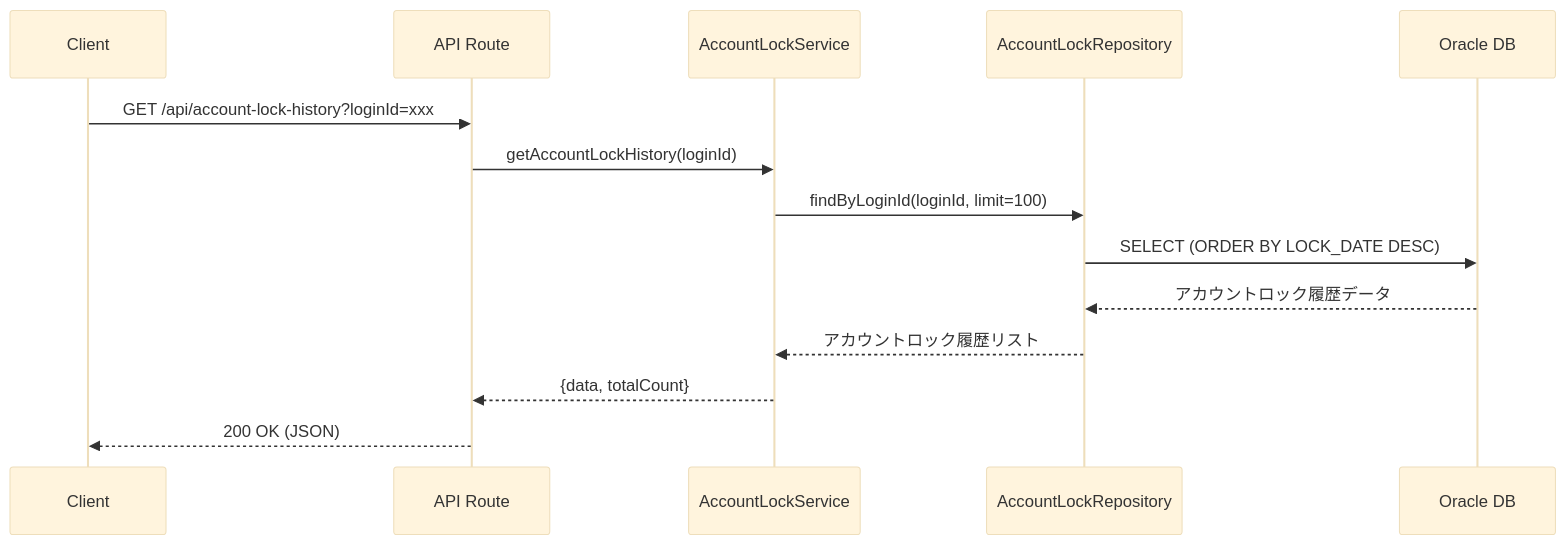
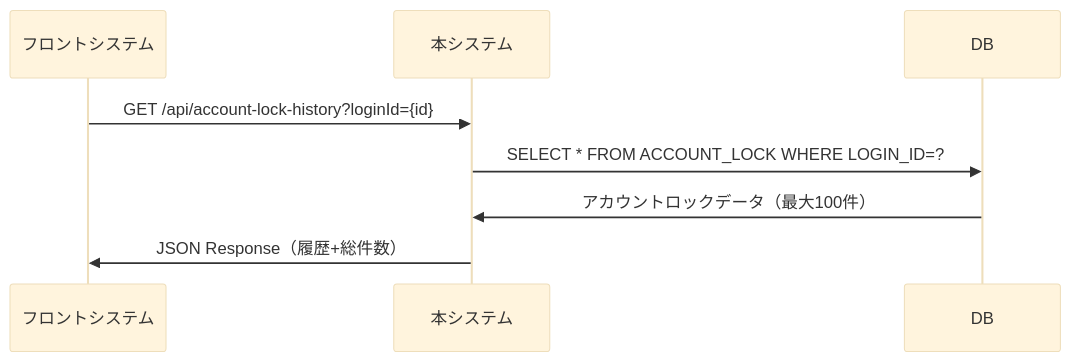
The fourth of 7 diagrams in docs/基本設計/基本設計書.md (Moriita/Documents), drawn with Mermaid (base theme) before and after one commit. The commit also changed other lines of this file and 1 other file, not shown here.

````diff
--- a/docs/基本設計/基本設計書.md
+++ b/docs/基本設計/基本設計書.md
@@ -148,17 +120,11 @@
 ```mermaid
 sequenceDiagram
-    participant Client
-    participant API as API Route
-    participant Service as AccountLockService
-    participant Repo as AccountLockRepository
-    participant DB as Oracle DB
+    participant フロントシステム
+    participant 本システム
+    participant DB
     
-    Client->>API: GET /api/account-lock-history?loginId=xxx
-    API->>Service: getAccountLockHistory(loginId)
-    Service->>Repo: findByLoginId(loginId, limit=100)
-    Repo->>DB: SELECT (ORDER BY LOCK_DATE DESC)
-    DB-->>Repo: アカウントロック履歴データ
-    Repo-->>Service: アカウントロック履歴リスト
-    Service-->>API: {data, totalCount}
-    API-->>Client: 200 OK (JSON)
+    フロントシステム->>本システム: GET /api/account-lock-history?loginId={id}
+    本システム->>DB: SELECT * FROM ACCOUNT_LOCK WHERE LOGIN_ID=?
+    DB->>本システム: アカウントロックデータ（最大100件）
+    本システム->>フロントシステム: JSON Response（履歴+総件数）
 ```
````
